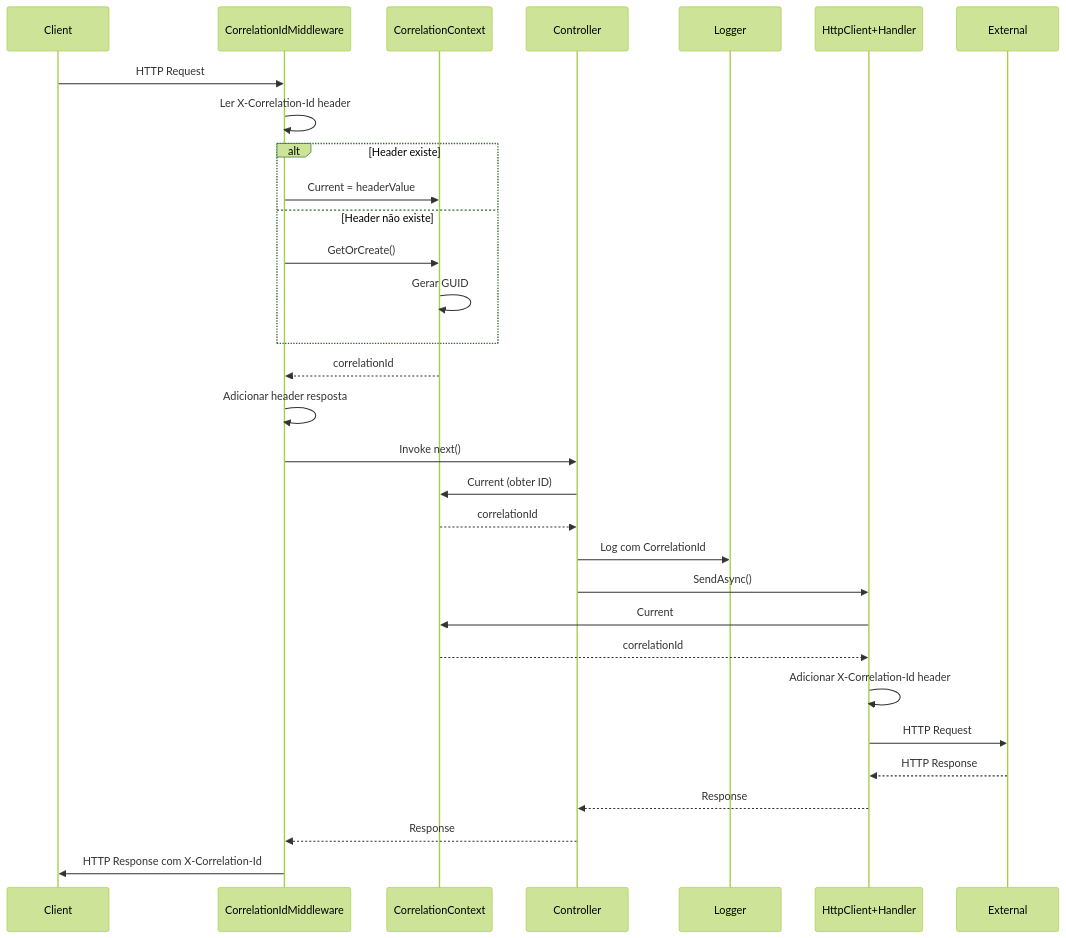
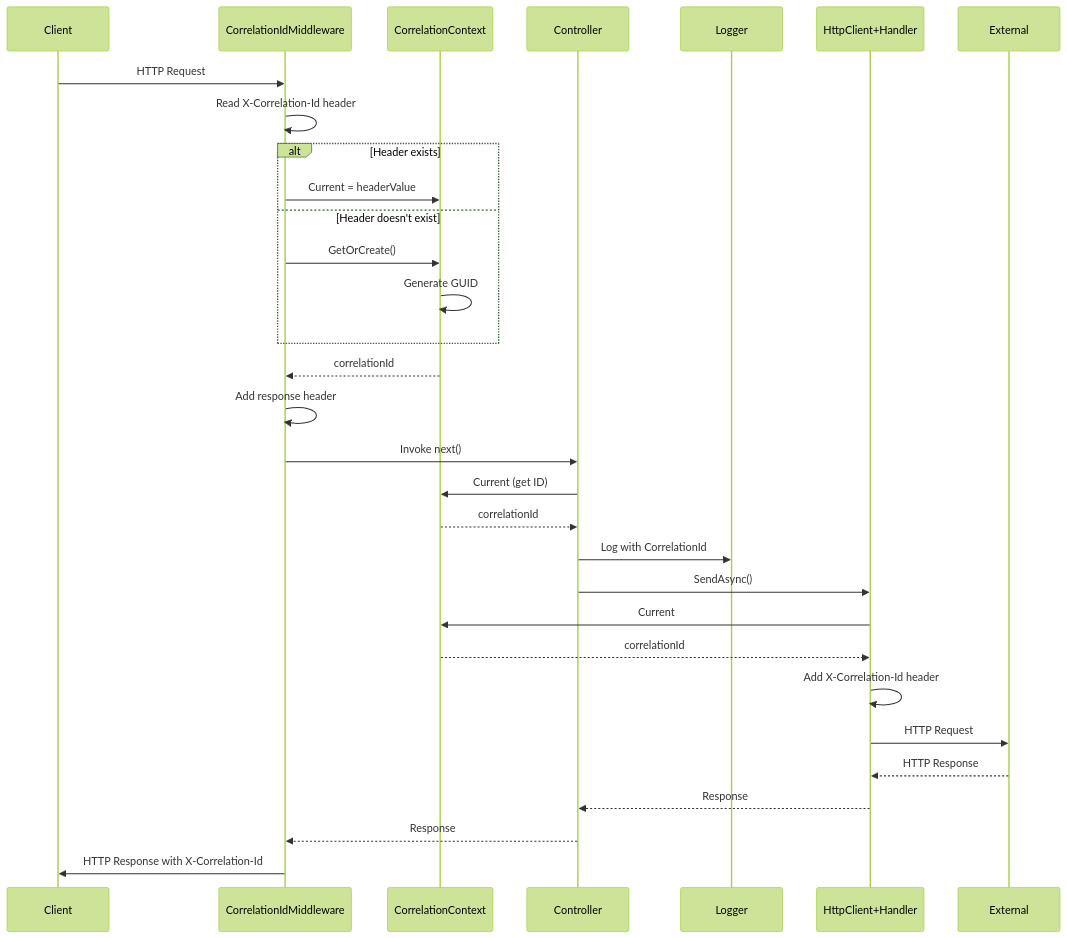
One commit to whitebeardit/traceability changed the third of 7 diagrams in docs/agents/architecture.md. Above: the diagram before and after it, drawn with Mermaid (forest theme). The commit also changed other lines of this file and 35 other files, not shown here.

````diff
--- a/docs/agents/architecture.md
+++ b/docs/agents/architecture.md
@@ -79,34 +79,34 @@
 ```mermaid
 sequenceDiagram
     participant Client
     participant Middleware as CorrelationIdMiddleware
     participant Context as CorrelationContext
     participant Controller
     participant Logger
     participant HttpClient as HttpClient+Handler
     participant External
 
     Client->>Middleware: HTTP Request
-    Middleware->>Middleware: Ler X-Correlation-Id header
-    alt Header existe
+    Middleware->>Middleware: Read X-Correlation-Id header
+    alt Header exists
         Middleware->>Context: Current = headerValue
-    else Header não existe
+    else Header doesn't exist
         Middleware->>Context: GetOrCreate()
-        Context->>Context: Gerar GUID
+        Context->>Context: Generate GUID
     end
     Context-->>Middleware: correlationId
-    Middleware->>Middleware: Adicionar header resposta
+    Middleware->>Middleware: Add response header
     Middleware->>Controller: Invoke next()
-    Controller->>Context: Current (obter ID)
+    Controller->>Context: Current (get ID)
     Context-->>Controller: correlationId
-    Controller->>Logger: Log com CorrelationId
+    Controller->>Logger: Log with CorrelationId
     Controller->>HttpClient: SendAsync()
     HttpClient->>Context: Current
     Context-->>HttpClient: correlationId
-    HttpClient->>HttpClient: Adicionar X-Correlation-Id header
+    HttpClient->>HttpClient: Add X-Correlation-Id header
     HttpClient->>External: HTTP Request
     External-->>HttpClient: HTTP Response
     HttpClient-->>Controller: Response
     Controller-->>Middleware: Response
-    Middleware->>Client: HTTP Response com X-Correlation-Id
+    Middleware->>Client: HTTP Response with X-Correlation-Id
 ```
````
